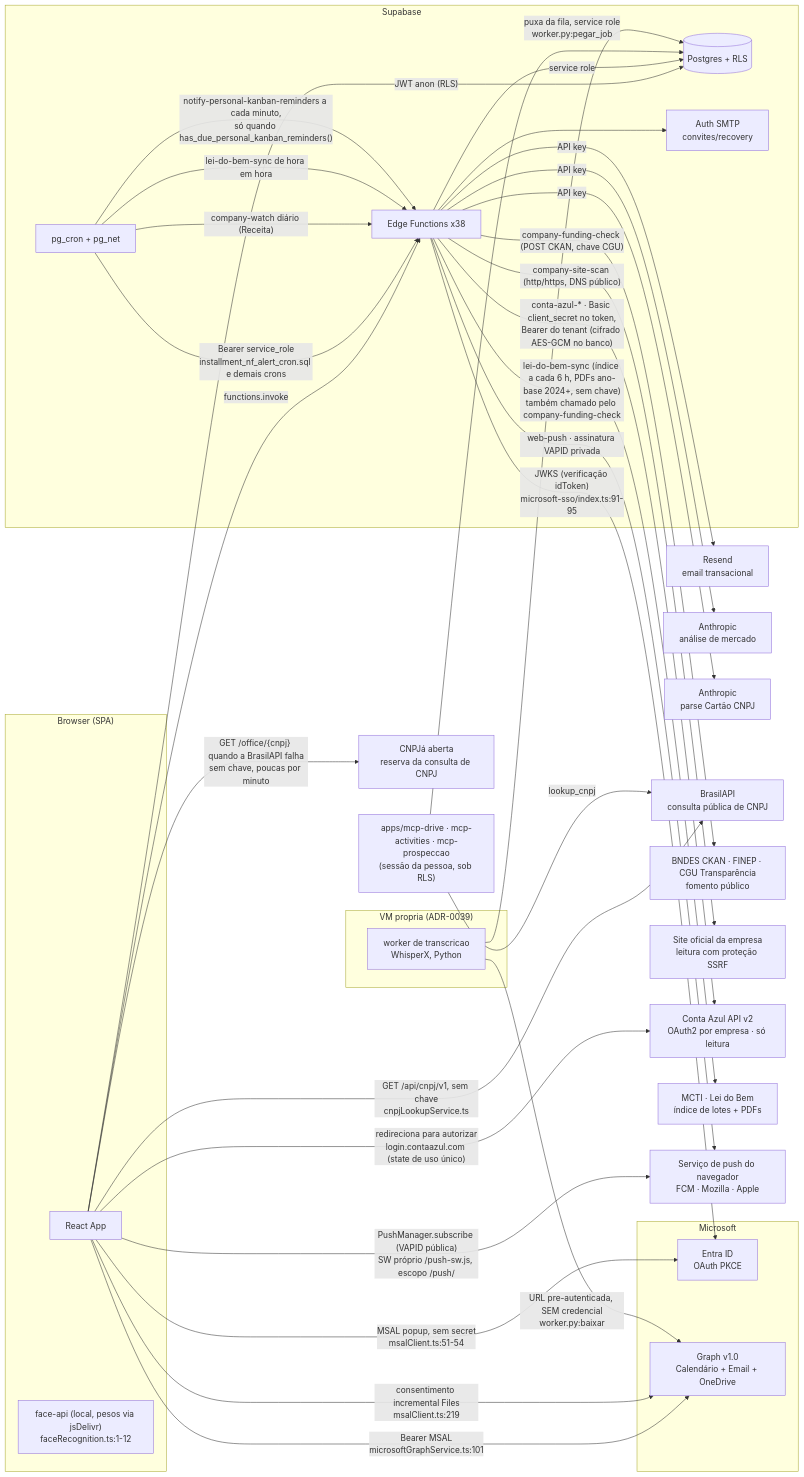
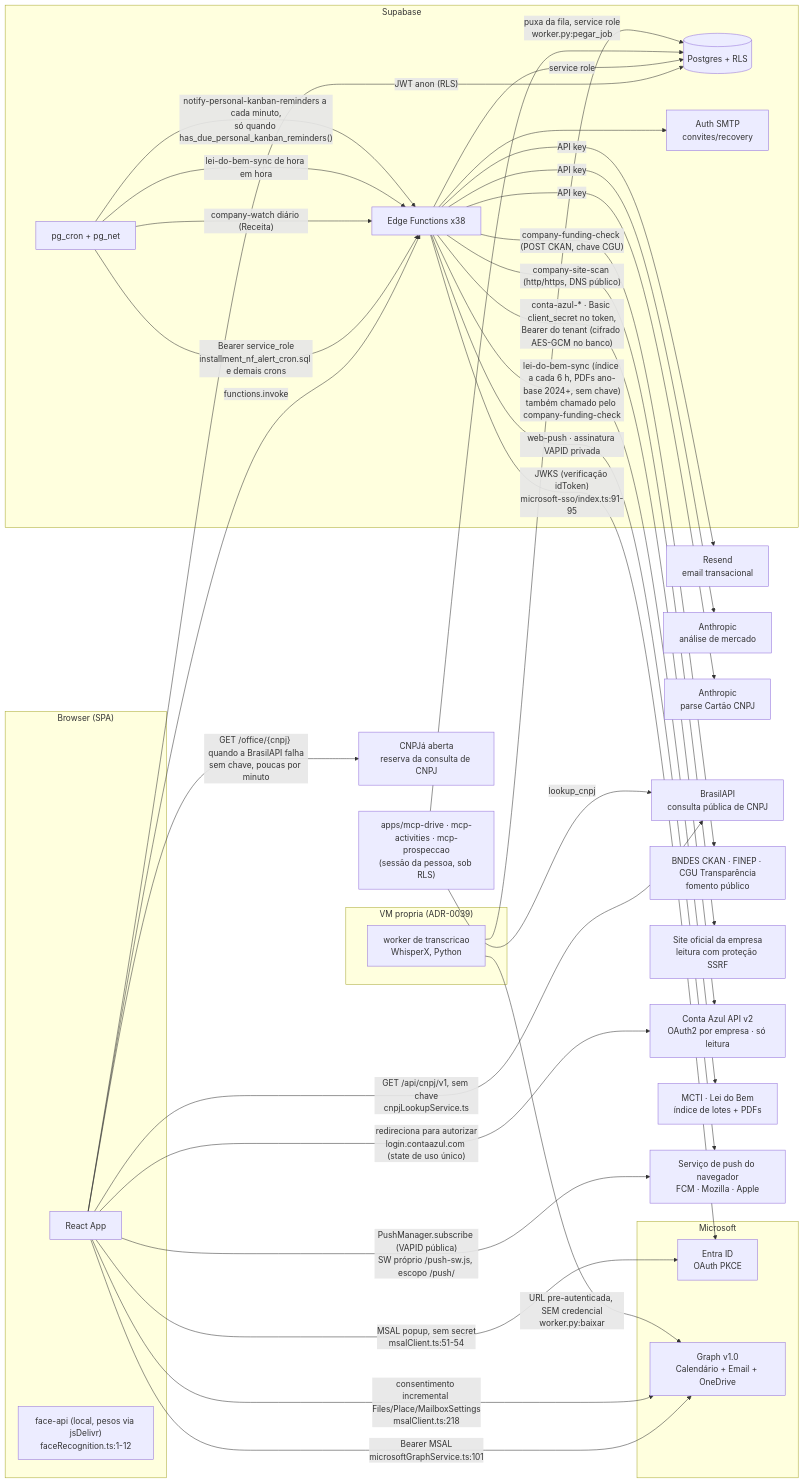
The diagram in .harness/docs/architecture/integrations.md (Origami-Lab-Organization/og-pulse), drawn with Mermaid before and after one commit. The commit also changed other lines of this file and 35 other files, not shown here.

````diff
--- a/.harness/docs/architecture/integrations.md
+++ b/.harness/docs/architecture/integrations.md
@@ -52,63 +52,63 @@
 ```mermaid
 flowchart LR
     subgraph Browser["Browser (SPA)"]
         SPA[React App]
         FACE["face-api (local, pesos via jsDelivr)<br/>faceRecognition.ts:1-12"]
     end
 
     subgraph Supabase
         REST[(Postgres + RLS)]
         EF[Edge Functions x38]
         CRON[pg_cron + pg_net]
         SMTP[Auth SMTP<br/>convites/recovery]
     end
 
     subgraph Microsoft
         ENTRA[Entra ID<br/>OAuth PKCE]
         GRAPH[Graph v1.0<br/>Calendário + Email + OneDrive]
     end
 
     subgraph VM["VM propria (ADR-0039)"]
         WRK["worker de transcricao<br/>WhisperX, Python"]
     end
 
     EXT1[Resend<br/>email transacional]
     EXT2[Anthropic<br/>análise de mercado]
     EXT3[Anthropic<br/>parse Cartão CNPJ]
     EXT4[BrasilAPI<br/>consulta pública de CNPJ]
     EXT9[CNPJá aberta<br/>reserva da consulta de CNPJ]
     EXT5[BNDES CKAN · FINEP · CGU Transparência<br/>fomento público]
     EXT6[Site oficial da empresa<br/>leitura com proteção SSRF]
     EXT7[Conta Azul API v2<br/>OAuth2 por empresa · só leitura]
     EXT8[MCTI · Lei do Bem<br/>índice de lotes + PDFs]
     EXT10[Serviço de push do navegador<br/>FCM · Mozilla · Apple]
 
     SPA -->|"JWT anon (RLS)"| REST
     SPA -->|functions.invoke| EF
     SPA -->|"MSAL popup, sem secret<br/>msalClient.ts:51-54"| ENTRA
     SPA -->|"Bearer MSAL<br/>microsoftGraphService.ts:101"| GRAPH
-    SPA -->|"consentimento incremental Files<br/>msalClient.ts:219"| GRAPH
+    SPA -->|"consentimento incremental Files/Place/MailboxSettings<br/>msalClient.ts:218"| GRAPH
     CRON -->|"Bearer service_role<br/>installment_nf_alert_cron.sql e demais crons"| EF
     EF -->|service role| REST
     EF -->|"JWKS (verificação idToken)<br/>microsoft-sso/index.ts:91-95"| ENTRA
     EF -->|API key| EXT1
     EF -->|API key| EXT2
     EF -->|API key| EXT3
     EF --> SMTP
     EF -->|"company-funding-check (POST CKAN, chave CGU)"| EXT5
     EF -->|"company-site-scan (http/https, DNS público)"| EXT6
     SPA -->|"redireciona para autorizar<br/>login.contaazul.com (state de uso único)"| EXT7
     EF -->|"conta-azul-* · Basic client_secret no token,<br/>Bearer do tenant (cifrado AES-GCM no banco)"| EXT7
     CRON -->|"company-watch diário (Receita)"| EF
     CRON -->|"lei-do-bem-sync de hora em hora"| EF
     CRON -->|"notify-personal-kanban-reminders a cada minuto,<br/>só quando has_due_personal_kanban_reminders()"| EF
     SPA -->|"PushManager.subscribe (VAPID pública)<br/>SW próprio /push-sw.js, escopo /push/"| EXT10
     EF -->|"web-push · assinatura VAPID privada"| EXT10
     EF -->|"lei-do-bem-sync (índice a cada 6 h, PDFs ano-base 2024+, sem chave)<br/>também chamado pelo company-funding-check"| EXT8
     SPA -->|"GET /api/cnpj/v1, sem chave<br/>cnpjLookupService.ts"| EXT4
     SPA -->|"GET /office/{cnpj} quando a BrasilAPI falha<br/>sem chave, poucas por minuto"| EXT9
     MCP["apps/mcp-drive · mcp-activities · mcp-prospeccao<br/>(sessão da pessoa, sob RLS)"] --> REST
     MCP -->|"lookup_cnpj"| EXT4
     WRK -->|"puxa da fila, service role<br/>worker.py:pegar_job"| REST
     WRK -->|"URL pre-autenticada, SEM credencial<br/>worker.py:baixar"| GRAPH
 ```
````
